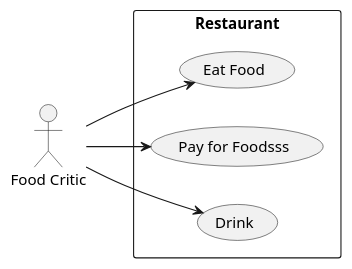
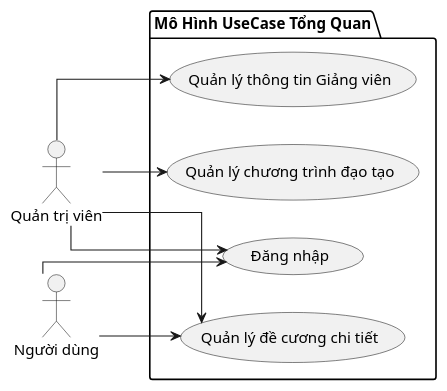
The diagram in Diagrams/UseCase.plantuml (NhanNguyen1152/_EduSystem), drawn with PlantUML before and after one commit. The commit also changed 6 other files, not shown here.

Commit message:
update diagram use case

```diff
--- a/Diagrams/UseCase.plantuml
+++ b/Diagrams/UseCase.plantuml
@@ -1,12 +1,26 @@
-@startuml new
+@startuml uc
+skinparam linetype ortho
+' scale  2/3
 left to right direction
-actor "Food Critic" as fc
-rectangle Restaurant {
-  usecase "Eat Food" as UC1
-  usecase "Pay for Foodsss" as UC2
-  usecase "Drink" as UC3
+actor "Quản trị viên" as ad
+actor "Người dùng" as us
+
+package "Mô Hình UseCase Tổng Quan" {
+  usecase "Quản lý thông tin Giảng viên" as qlttgv
+  usecase "Đăng nhập" as dn
+  usecase "Quản lý đề cương chi tiết" as qldcct
+  usecase "Quản lý chương trình đạo tạo" as qlctdt
 }
-fc --> UC1
-fc --> UC2
-fc --> UC3
+us --> dn
+ad --> qlttgv
+ad --> qlctdt
+ad --> qldcct
+us --> qldcct
+ad -> dn
+
+' XSP <.. TGH : extend 
+' XGH <.. SX : extend
+' XSP <. XGH : extend
+
+' note right of gv : Thêm, sửa, xóa
 @enduml
```
